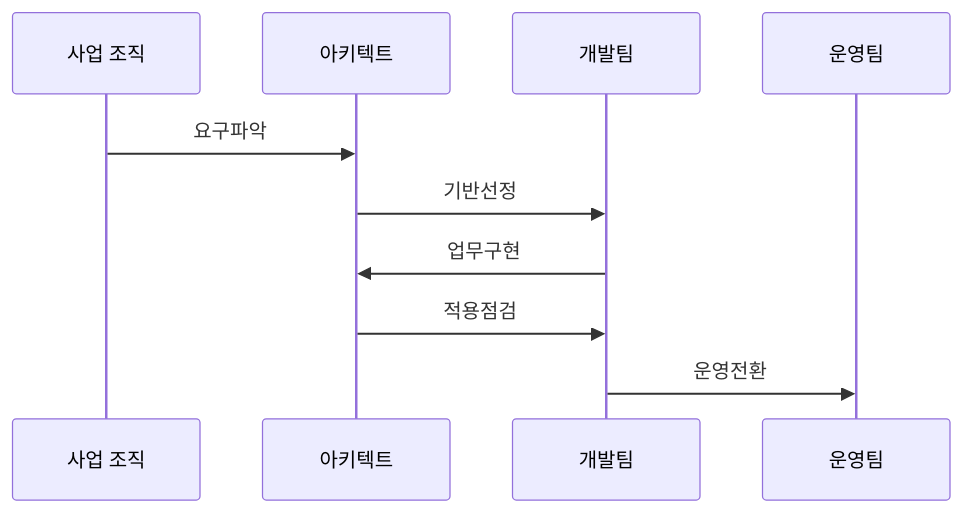
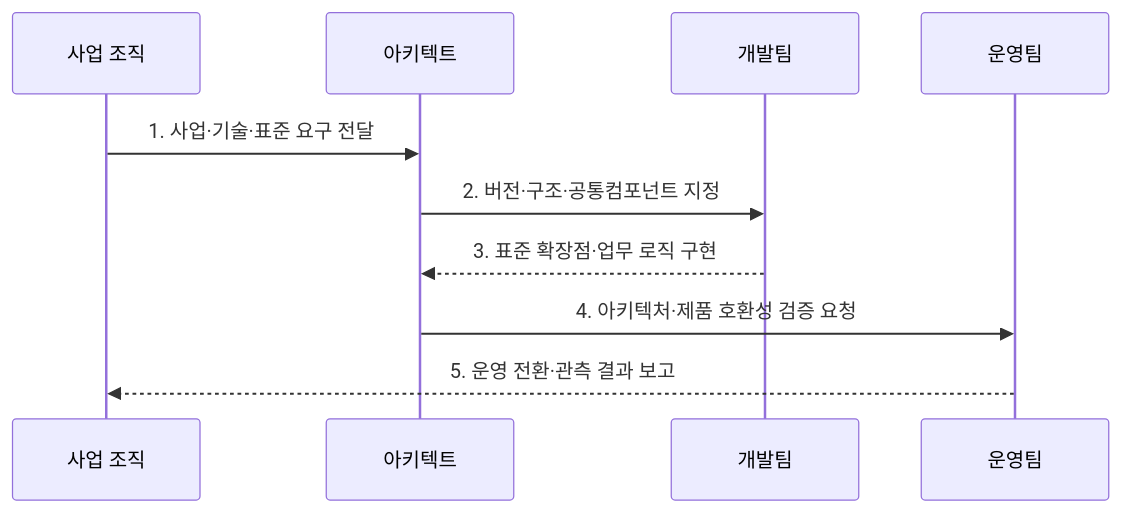
One commit to agnusdei1207/knowledge-base changed the second of 2 diagrams in src/content/docs/notes/07-law-policy/045_egovernment_standard_framework.md. Above: the diagram before and after it, drawn with Mermaid. The commit also changed other lines of this file and 5 other files, not shown here.

````diff
--- a/src/content/docs/notes/07-law-policy/045_egovernment_standard_framework.md
+++ b/src/content/docs/notes/07-law-policy/045_egovernment_standard_framework.md
@@ -75,12 +73,12 @@
 ```mermaid
 sequenceDiagram
     participant O as 사업 조직
     participant A as 아키텍트
     participant D as 개발팀
     participant R as 운영팀
-    O->>A: 요구파악
-    A->>D: 기반선정
-    D->>A: 업무구현
-    A->>D: 적용점검
-    D->>R: 운영전환
+    O->>A: 1. 사업·기술·표준 요구 전달
+    A->>D: 2. 버전·구조·공통컴포넌트 지정
+    D-->>A: 3. 표준 확장점·업무 로직 구현
+    A->>R: 4. 아키텍처·제품 호환성 검증 요청
+    R-->>O: 5. 운영 전환·관측 결과 보고
 ```
````
